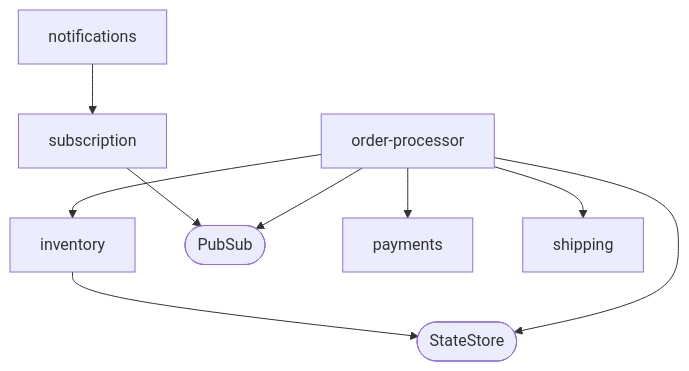
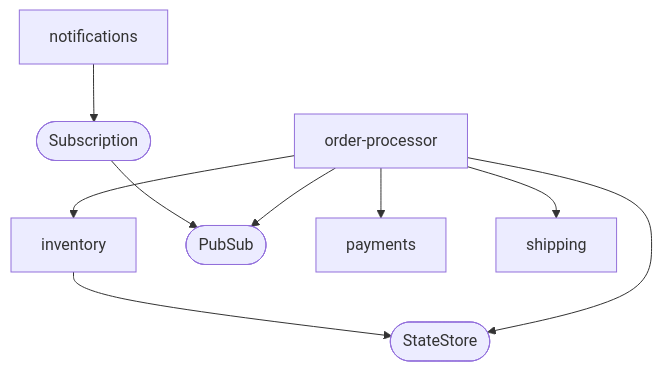
Before and after one commit to kendallroden/kubecon-dapr-score-demo: the diagram in README.md, drawn with Mermaid. The commit also changed other lines of this file, not shown here.

````diff
--- a/README.md
+++ b/README.md
@@ -3,10 +3,10 @@
 ```mermaid
 flowchart TD
     inventory-->state-store([StateStore])
-    notifications-->subscription-->pubsub([PubSub])
+    notifications-->subscription([Subscription])-->pubsub([PubSub])
     order-processor-->state-store
     order-processor-->pubsub
     order-processor-->inventory
     order-processor-->payments
     order-processor-->shipping
 ```
````
